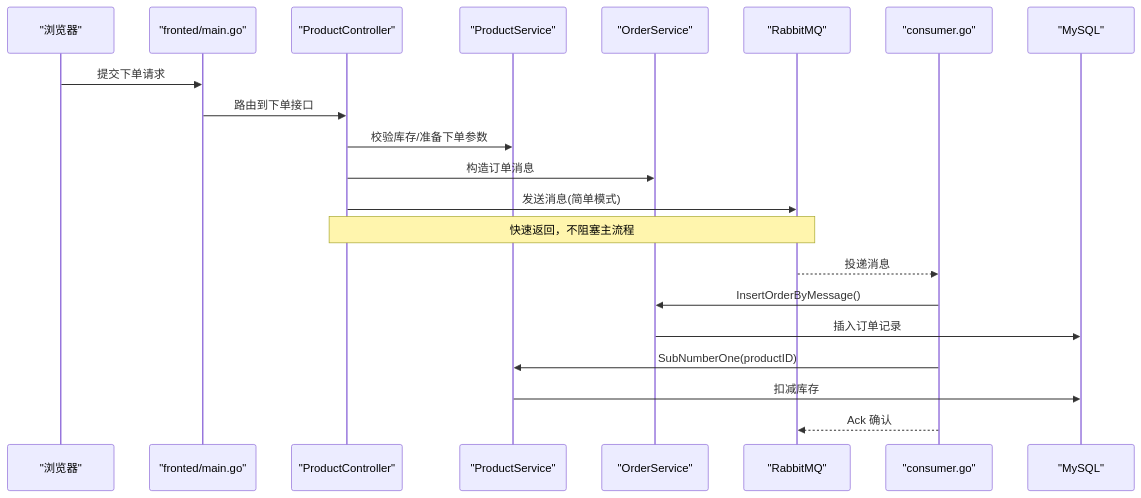
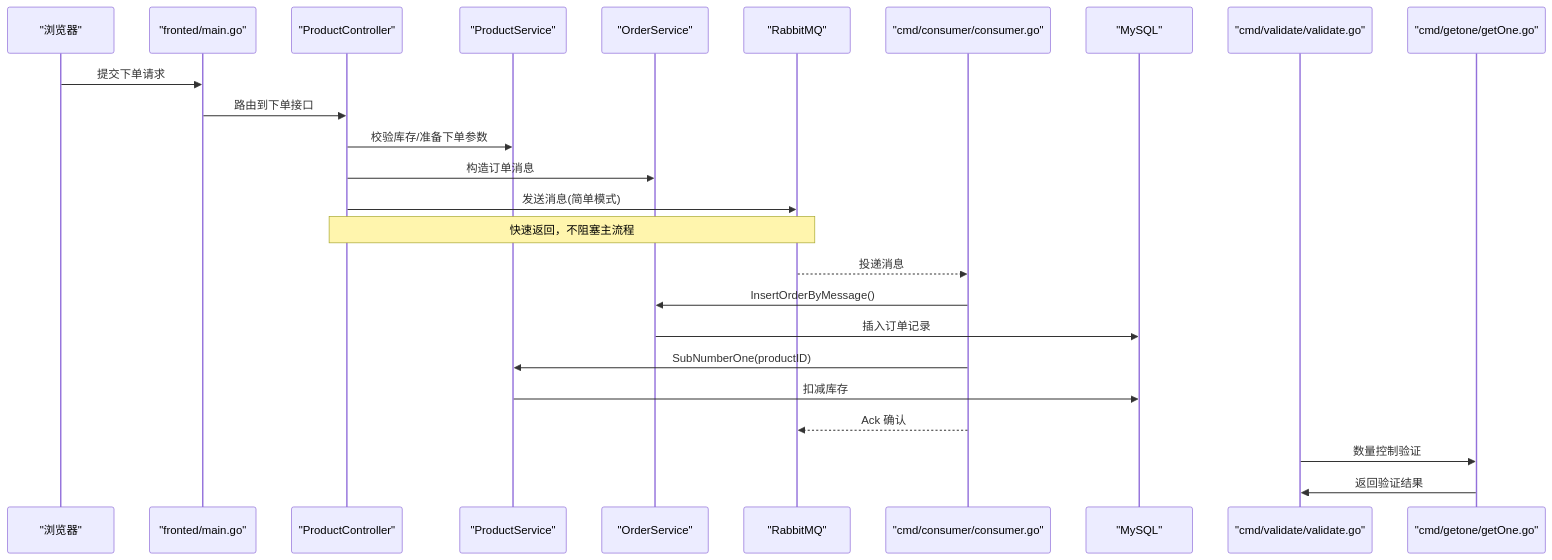
Before and after one commit to gbtdesign/e-commerce-t: the third of 10 diagrams in .qoder/repowiki/zh/content/项目概述.md, drawn with Mermaid. The commit also changed other lines of this file and 53 other files, not shown here.

````diff
--- a/.qoder/repowiki/zh/content/项目概述.md
+++ b/.qoder/repowiki/zh/content/项目概述.md
@@ -149,23 +188,27 @@
 ```mermaid
 sequenceDiagram
 participant Browser as "浏览器"
 participant FE as "fronted/main.go"
 participant PCtrl as "ProductController"
 participant PSvc as "ProductService"
 participant OSvc as "OrderService"
 participant MQ as "RabbitMQ"
-participant Cons as "consumer.go"
+participant Cons as "cmd/consumer/consumer.go"
 participant DB as "MySQL"
+participant Validate as "cmd/validate/validate.go"
+participant GetOne as "cmd/getone/getOne.go"
 Browser->>FE : 提交下单请求
 FE->>PCtrl : 路由到下单接口
 PCtrl->>PSvc : 校验库存/准备下单参数
 PCtrl->>OSvc : 构造订单消息
 PCtrl->>MQ : 发送消息(简单模式)
 Note over PCtrl,MQ : 快速返回，不阻塞主流程
 MQ-->>Cons : 投递消息
 Cons->>OSvc : InsertOrderByMessage()
 OSvc->>DB : 插入订单记录
 Cons->>PSvc : SubNumberOne(productID)
 PSvc->>DB : 扣减库存
 Cons-->>MQ : Ack 确认
+Validate->>GetOne : 数量控制验证
+GetOne->>Validate : 返回验证结果
 ```
````
